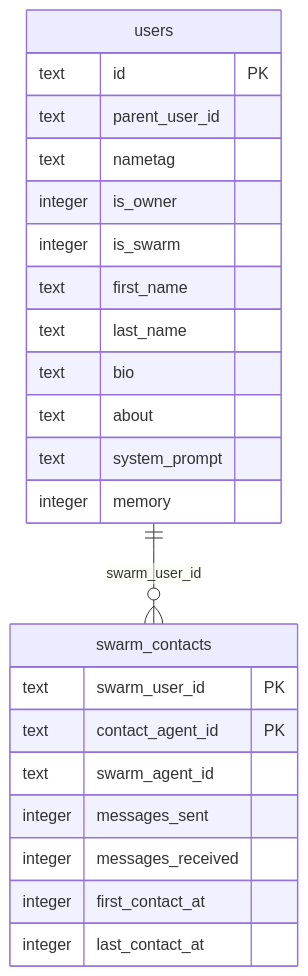
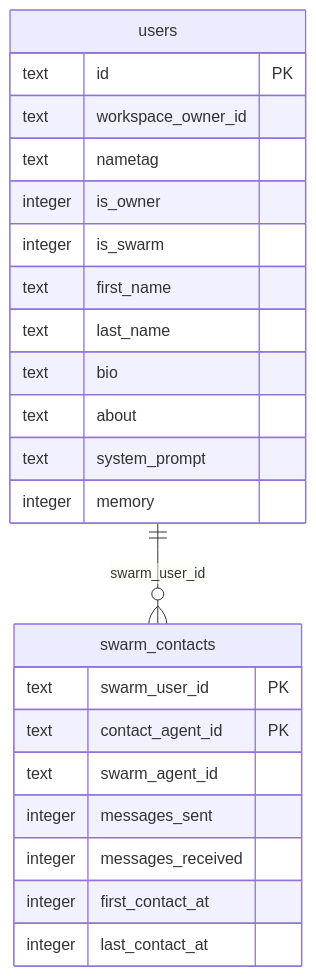
Before and after one commit to ex3ndr/daycare: the first of 2 diagrams in doc/concepts/swarms.md, drawn with Mermaid. The commit also changed other lines of this file and 49 other files, not shown here.

Commit message:
refactor: rename workspace owner id

````diff
--- a/doc/concepts/swarms.md
+++ b/doc/concepts/swarms.md
@@ -14,28 +14,28 @@
 ```mermaid
 erDiagram
     users ||--o{ swarm_contacts : "swarm_user_id"
 
     users {
         text id PK
-        text parent_user_id
+        text workspace_owner_id
         text nametag
         integer is_owner
         integer is_swarm
         text first_name
         text last_name
         text bio
         text about
         text system_prompt
         integer memory
     }
 
     swarm_contacts {
         text swarm_user_id PK
         text contact_agent_id PK
         text swarm_agent_id
         integer messages_sent
         integer messages_received
         integer first_contact_at
         integer last_contact_at
     }
 ```
````
